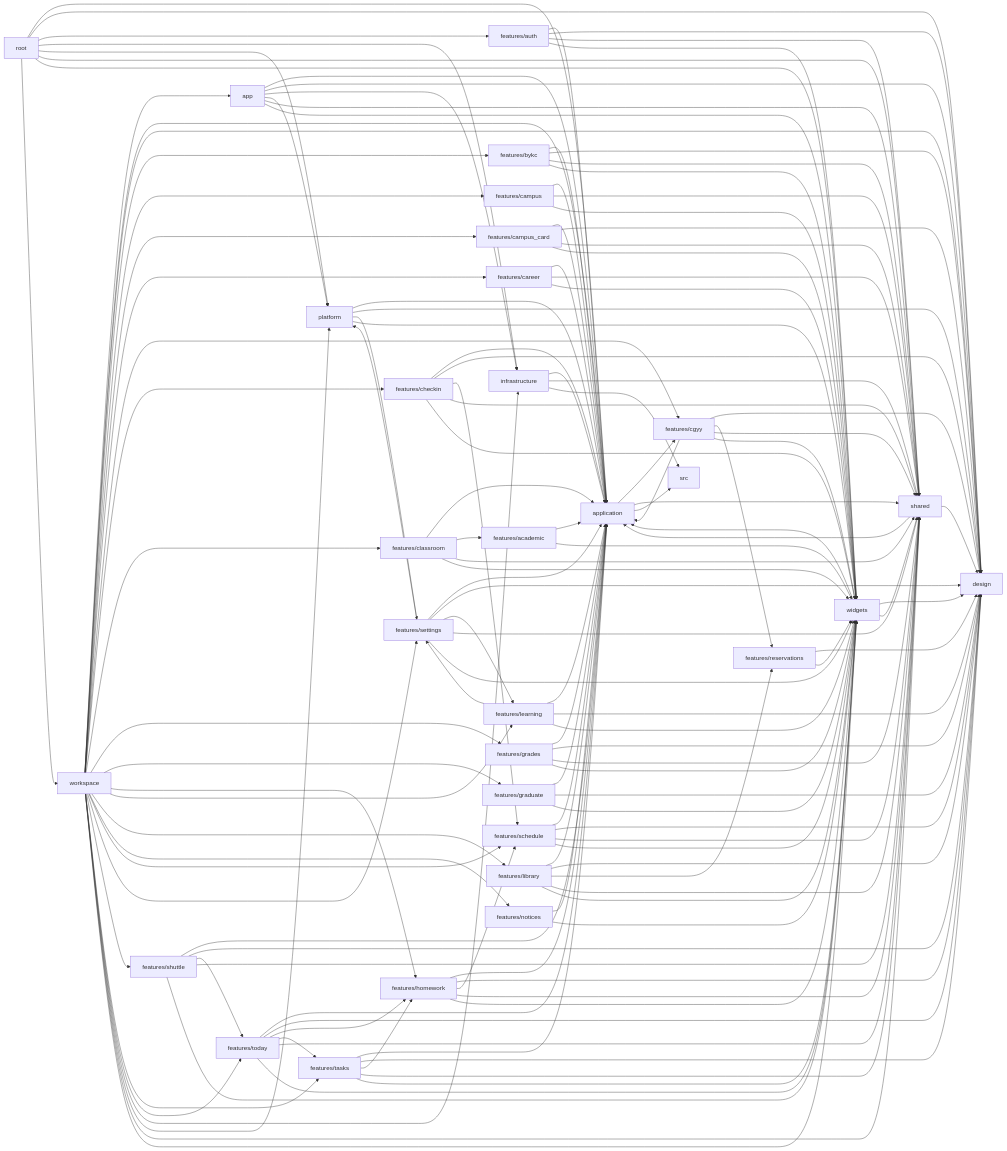
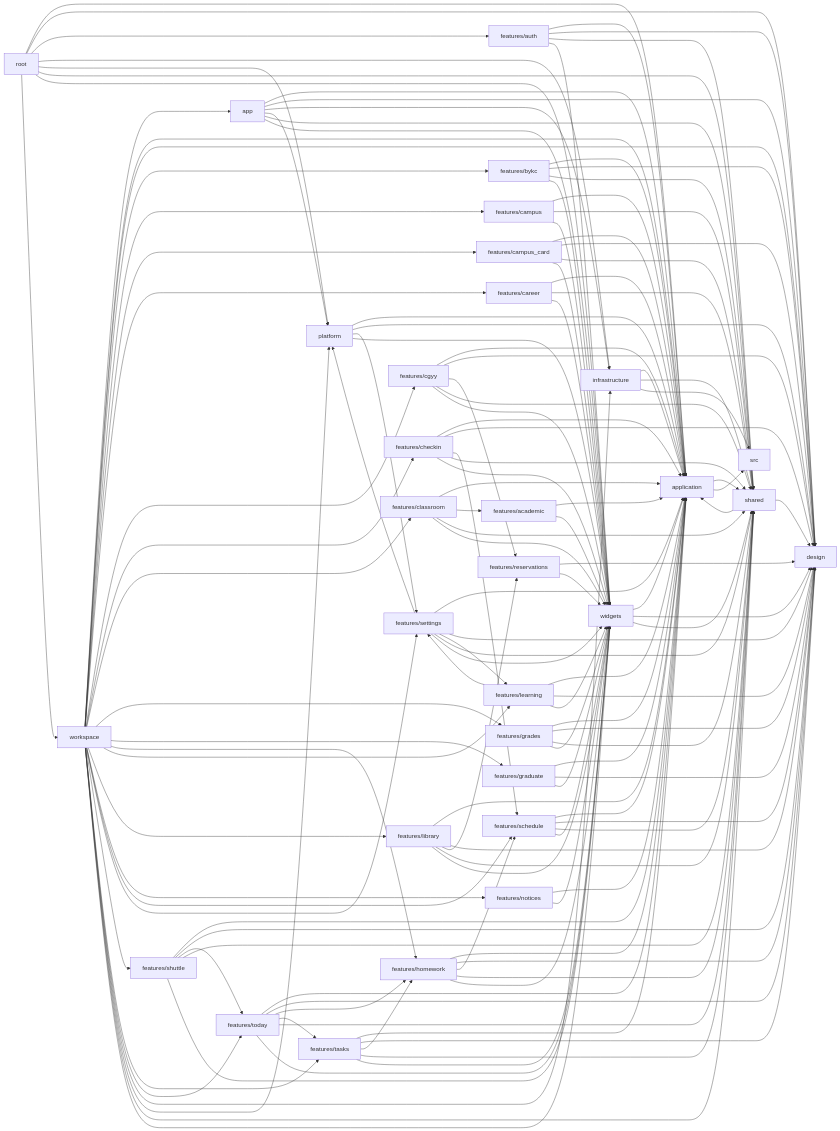
One commit to JUANWANG-BUAA/ginkgo changed the first of 3 diagrams in docs/interfaces/DEPENDENCY-GRAPH.md. Above: the diagram before and after it, drawn with Mermaid. The commit also changed other lines of this file and 20 other files, not shown here.

```diff
--- a/docs/interfaces/DEPENDENCY-GRAPH.md
+++ b/docs/interfaces/DEPENDENCY-GRAPH.md
@@ -47,7 +47,6 @@
   n_app --> n_platform
   n_app --> n_shared
   n_app --> n_widgets
-  n_application --> n_features_cgyy
   n_application --> n_shared
   n_application --> n_src
   n_features_academic --> n_application
```
